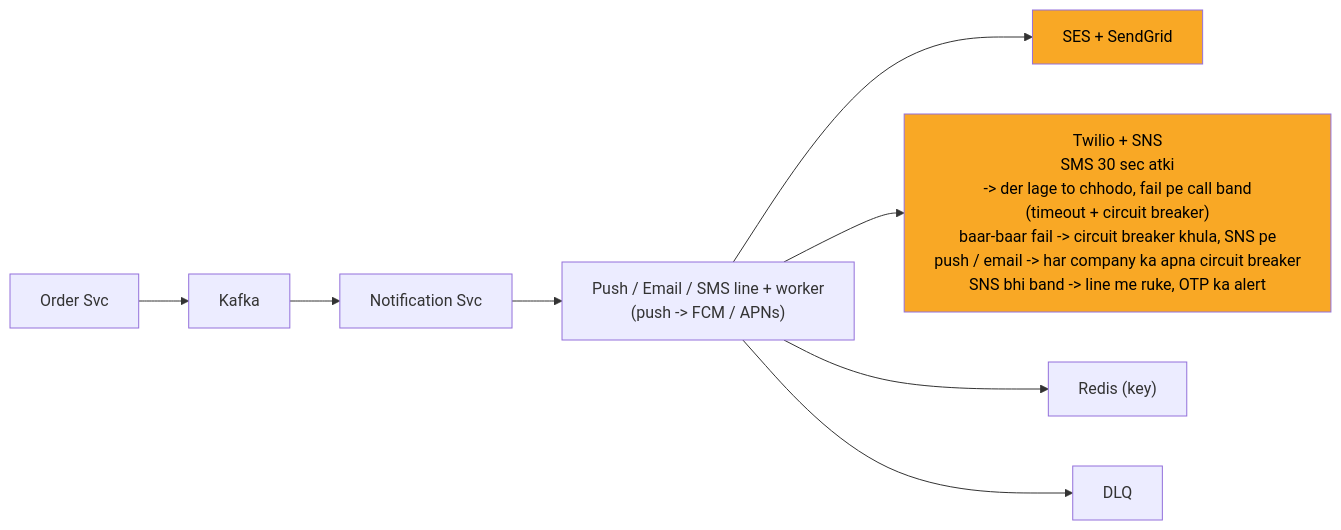
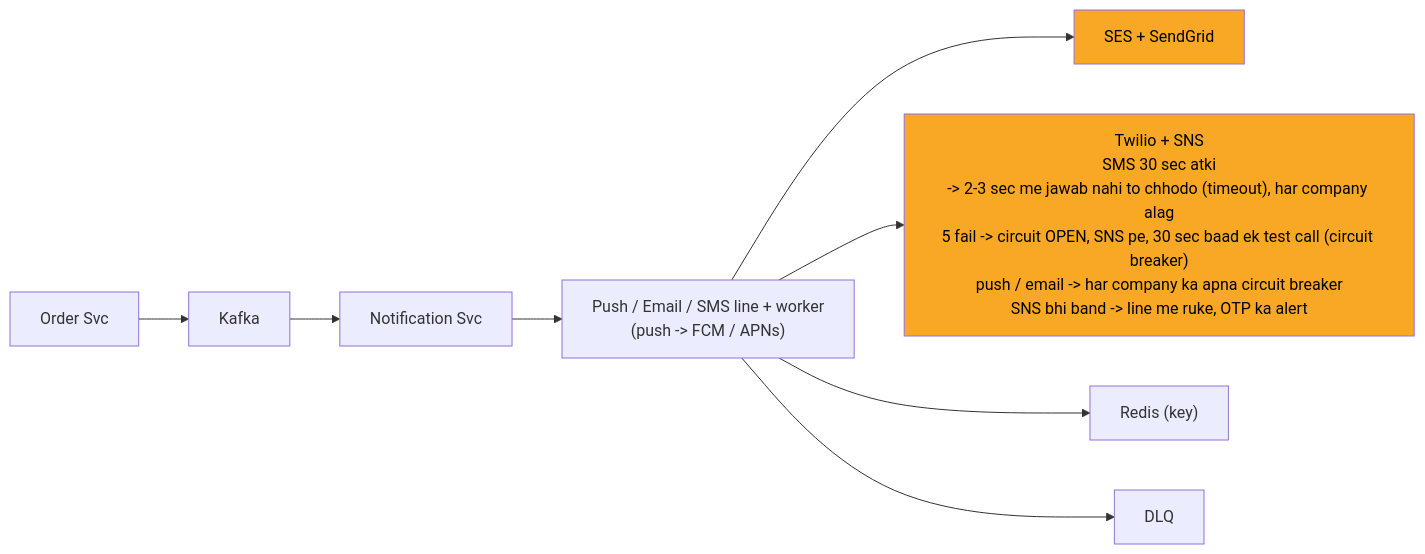
The seventh of 13 diagrams in 04_HLD/SYSTEM_DESIGNS/04_notification_system/04_notification_system.md (ArpanMaheshwari144/Prep), drawn with Mermaid before and after one commit. The commit also changed other lines of this file and 13 other files, not shown here.

````diff
--- a/04_HLD/SYSTEM_DESIGNS/04_notification_system/04_notification_system.md
+++ b/04_HLD/SYSTEM_DESIGNS/04_notification_system/04_notification_system.md
@@ -290,21 +294,21 @@
 ```mermaid
 %%{init: {"flowchart": {"wrappingWidth": 450}}}%%
 flowchart LR
     n_Order_Svc["Order Svc"]
     n_Kafka["Kafka"]
     n_Notification_Svc["Notification Svc"]
     n_LINES["Push / Email / SMS line + worker<br/>(push -> FCM / APNs)"]
     n_SES["SES + SendGrid"]
-    n_Twilio["Twilio + SNS<br/>SMS 30 sec atki<br/>-> der lage to chhodo, fail pe call band<br/>(timeout + circuit breaker)<br/>baar-baar fail -> circuit breaker khula, SNS pe<br/>push / email -> har company ka apna circuit breaker<br/>SNS bhi band -> line me ruke, OTP ka alert"]
+    n_Twilio["Twilio + SNS<br/>SMS 30 sec atki<br/>-> 2-3 sec me jawab nahi to chhodo (timeout), har company alag<br/>5 fail -> circuit OPEN, SNS pe, 30 sec baad ek test call (circuit breaker)<br/>push / email -> har company ka apna circuit breaker<br/>SNS bhi band -> line me ruke, OTP ka alert"]
     n_Redis["Redis (key)"]
     n_DLQ["DLQ"]
     n_Order_Svc --> n_Kafka
     n_Kafka --> n_Notification_Svc
     n_Notification_Svc --> n_LINES
     n_LINES --> n_SES
     n_LINES --> n_Twilio
     n_LINES --> n_Redis
     n_LINES --> n_DLQ
     style n_SES fill:#f9a825,color:#000
     style n_Twilio fill:#f9a825,color:#000
 ```
````
